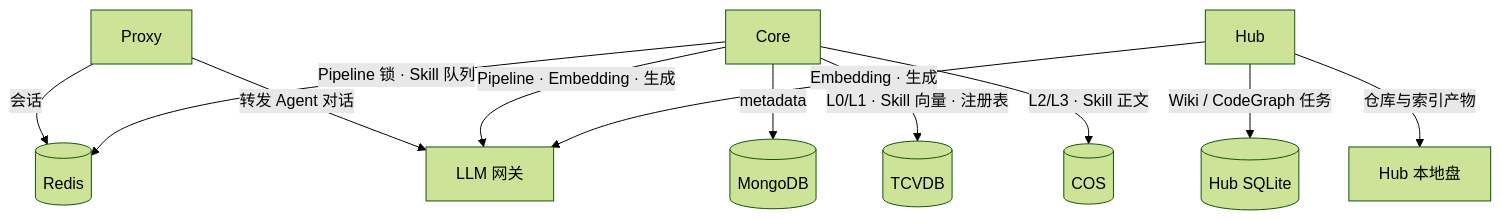
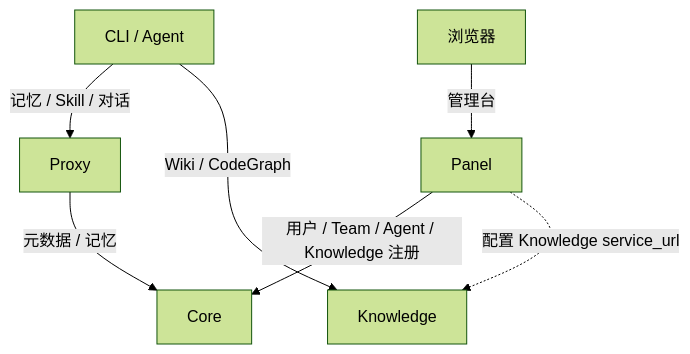
One commit to li6540123/TencentDB-Agent-Memory changed the fourth of 7 diagrams in deploy/selfhosted-ha/PROPOSAL.md. Above: the diagram before and after it, drawn with Mermaid (forest theme). The commit also changed other lines of this file, not shown here.

````diff
--- a/deploy/selfhosted-ha/PROPOSAL.md
+++ b/deploy/selfhosted-ha/PROPOSAL.md
@@ -149,25 +153,16 @@
 ```mermaid
 flowchart TB
+  A[CLI / Agent]
+  B[浏览器]
   P[Proxy]
+  PL[Panel]
+  KS[Knowledge]
   C[Core]
-  H[Hub]
 
-  R[(Redis)]
-  L[LLM 网关]
-  M[(MongoDB)]
-  V[(TCVDB)]
-  COS[(COS)]
-  HS[(Hub SQLite)]
-  HD[Hub 本地盘]
-
-  P -->|会话| R
-  P -->|转发 Agent 对话| L
-  C -->|metadata| M
-  C -->|L0/L1 · Skill 向量 · 注册表| V
-  C -->|L2/L3 · Skill 正文| COS
-  C -->|Pipeline 锁 · Skill 队列| R
-  C -->|Pipeline · Embedding · 生成| L
-  H -->|Wiki / CodeGraph 任务| HS
-  H -->|仓库与索引产物| HD
-  H -->|Embedding · 生成| L
+  A -->|记忆 / Skill / 对话| P
+  B -->|管理台| PL
+  P -->|元数据 / 记忆| C
+  PL -->|用户 / Team / Agent / Knowledge 注册| C
+  A -->|Wiki / CodeGraph| KS
+  PL -.->|配置 Knowledge service_url| KS
 ```
````
